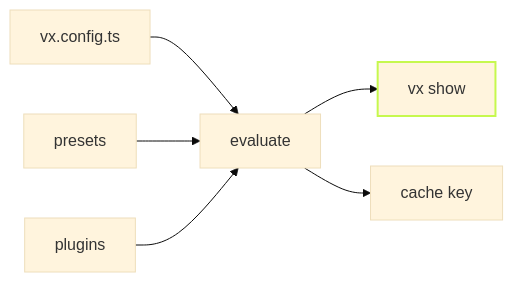
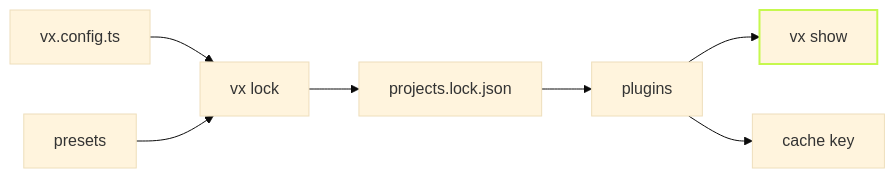
Before and after one commit to vznjs/vx: the diagram in packages/vx-docs/src/content/docs/blog/vx-show.md, drawn with Mermaid (base theme). The commit also changed other lines of this file and 104 other files, not shown here.

First line of the commit message:
feat(workspace)!: drop the config eval cache; all verbs read the lock

````diff
--- a/packages/vx-docs/src/content/docs/blog/vx-show.md
+++ b/packages/vx-docs/src/content/docs/blog/vx-show.md
@@ -45,9 +47,10 @@
 ```mermaid
 flowchart LR
-  SRC["vx.config.ts"] --> EVAL["evaluate"]
+  SRC["vx.config.ts"] --> EVAL["vx lock"]
   PRE["presets"] --> EVAL
-  PLUG["plugins"] --> EVAL
-  EVAL --> SHOW["vx show"]
-  EVAL --> KEY["cache key"]
+  EVAL --> LOCK["projects.lock.json"]
+  LOCK --> PLUG["plugins"]
+  PLUG --> SHOW["vx show"]
+  PLUG --> KEY["cache key"]
   style SHOW stroke:#c6f84e,stroke-width:2px
 ```
````
